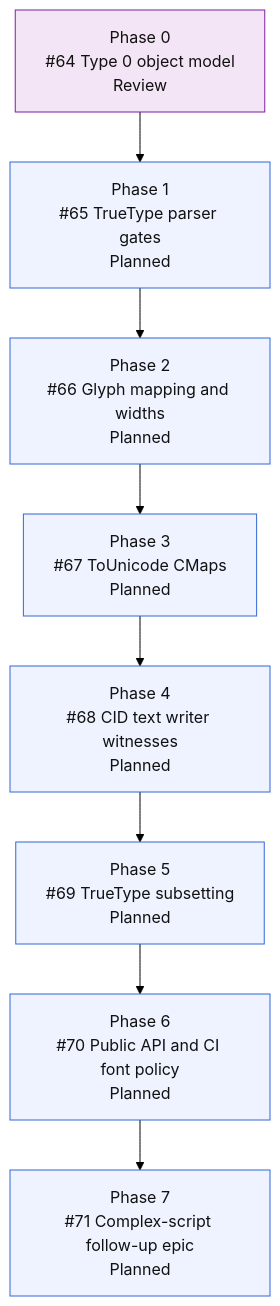
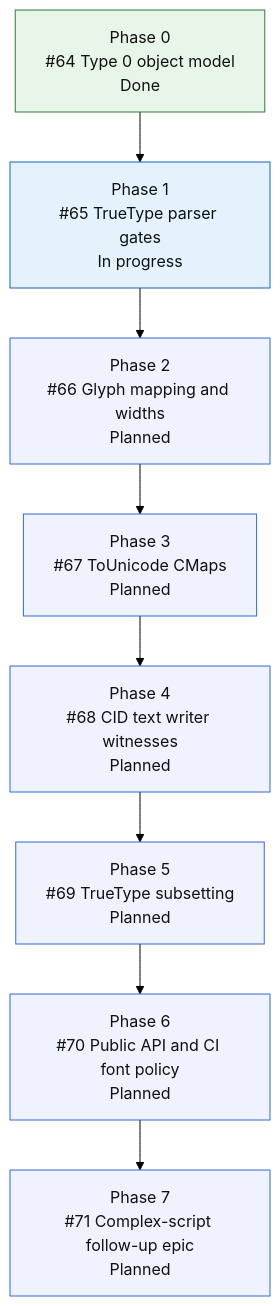
Before and after one commit to mihaelamj/MarkdownPDF: the third of 3 diagrams in README.md, drawn with Mermaid (forest theme). The commit also changed 4 other files, not shown here.

First line of the commit message:
feat(fonts): parse TrueType metadata gates

````diff
--- a/README.md
+++ b/README.md
@@ -243,21 +243,22 @@
 ```mermaid
 flowchart TD
-    E0["Phase 0<br/>#64 Type 0 object model<br/>Review"]
-    E1["Phase 1<br/>#65 TrueType parser gates<br/>Planned"]
+    E0["Phase 0<br/>#64 Type 0 object model<br/>Done"]
+    E1["Phase 1<br/>#65 TrueType parser gates<br/>In progress"]
     E2["Phase 2<br/>#66 Glyph mapping and widths<br/>Planned"]
     E3["Phase 3<br/>#67 ToUnicode CMaps<br/>Planned"]
     E4["Phase 4<br/>#68 CID text writer witnesses<br/>Planned"]
     E5["Phase 5<br/>#69 TrueType subsetting<br/>Planned"]
     E6["Phase 6<br/>#70 Public API and CI font policy<br/>Planned"]
     E7["Phase 7<br/>#71 Complex-script follow-up epic<br/>Planned"]
 
     E0 --> E1 --> E2 --> E3 --> E4 --> E5 --> E6 --> E7
 
     classDef done fill:#e8f5e9,stroke:#2e7d32,color:#111;
     classDef active fill:#e3f2fd,stroke:#1565c0,color:#111;
     classDef review fill:#f3e5f5,stroke:#7b1fa2,color:#111;
     classDef next fill:#fff8e1,stroke:#f9a825,color:#111;
     classDef todo fill:#eef3ff,stroke:#3367d6,color:#111;
-    class E0 review;
-    class E1,E2,E3,E4,E5,E6,E7 todo;
+    class E0 done;
+    class E1 active;
+    class E2,E3,E4,E5,E6,E7 todo;
 ```
````
